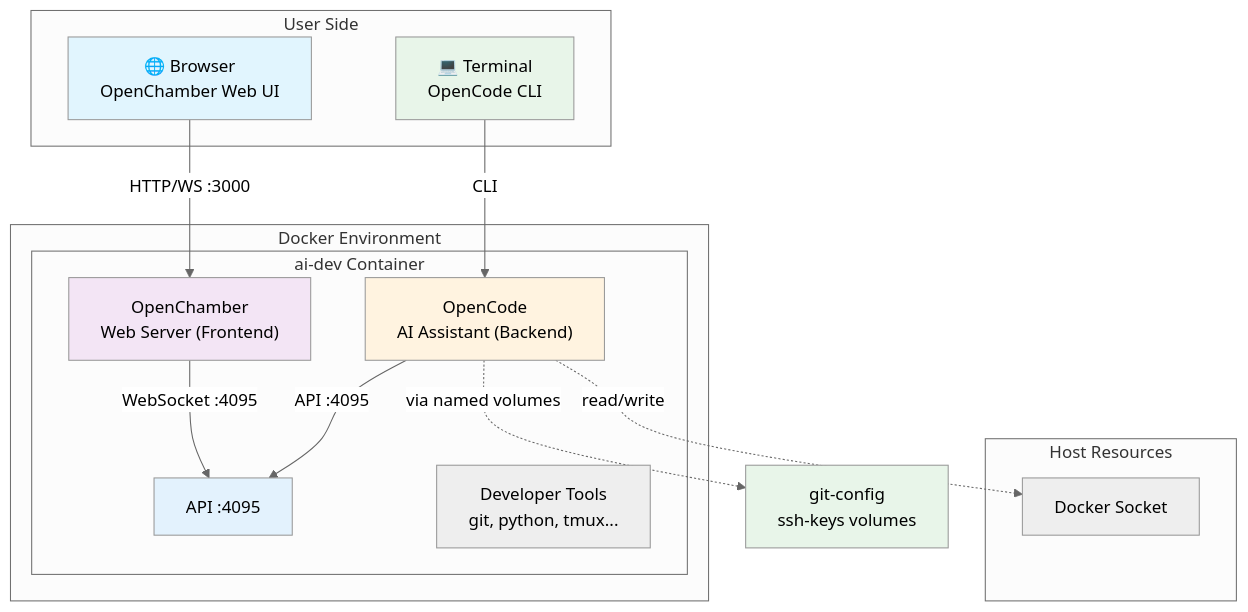
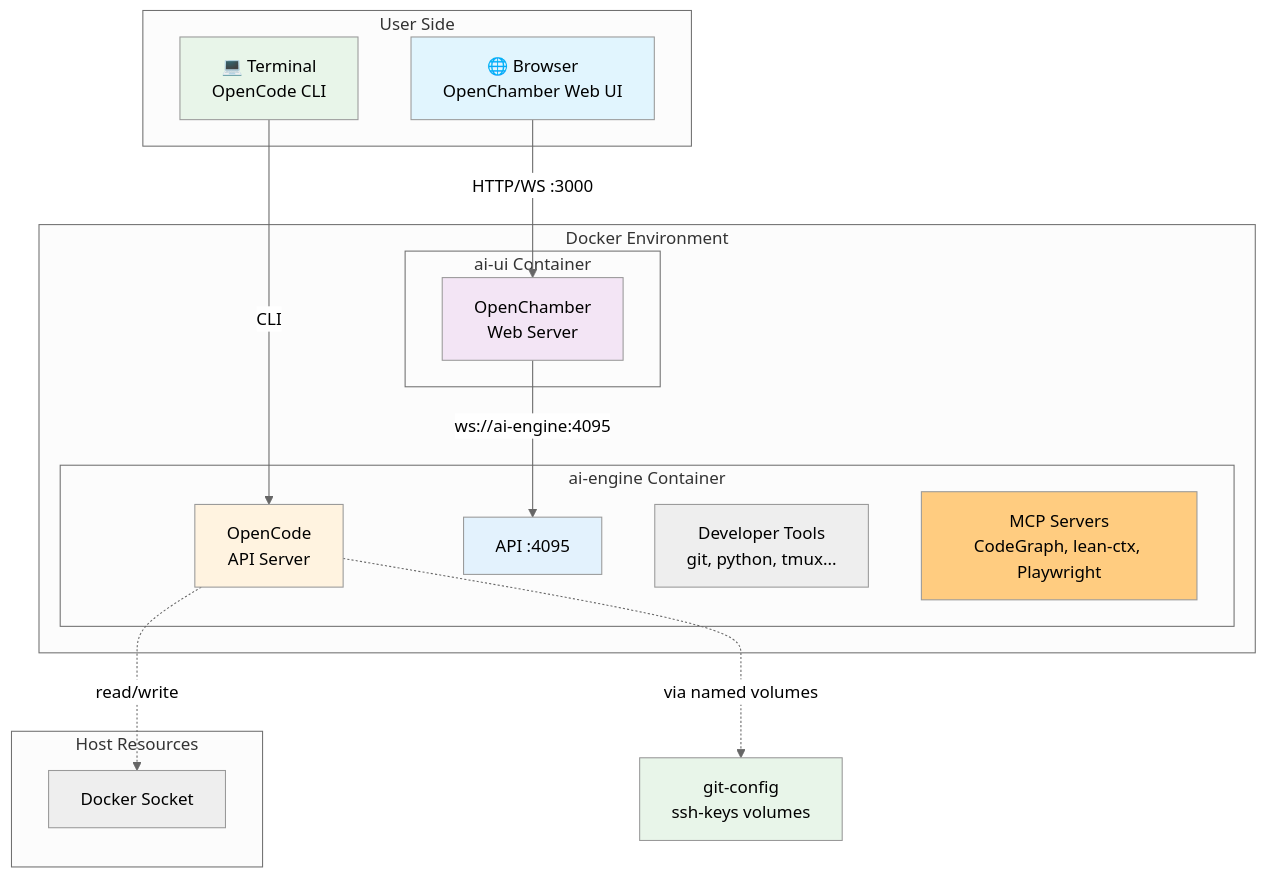
One commit to tryweb/ai-engkit changed the first of 10 diagrams in docs/ARCHITECTURE.md. Above: the diagram before and after it, drawn with Mermaid (neutral theme). The commit also changed other lines of this file and 10 other files, not shown here.

````diff
--- a/docs/ARCHITECTURE.md
+++ b/docs/ARCHITECTURE.md
@@ -20,35 +20,39 @@
 ```mermaid
 graph TB
     subgraph "User Side"
         BROWSER["🌐 Browser<br/>OpenChamber Web UI"]
         TERMINAL["💻 Terminal<br/>OpenCode CLI"]
     end
 
     subgraph "Docker Environment"
-        subgraph "ai-dev Container"
-            OC["OpenCode<br/>AI Assistant (Backend)"]
-            CH["OpenChamber<br/>Web Server (Frontend)"]
+        subgraph "ai-engine Container"
+            OC["OpenCode<br/>API Server"]
             API["API :4095"]
             TOOLS["Developer Tools<br/>git, python, tmux..."]
+            MCP["MCP Servers<br/>CodeGraph, lean-ctx, Playwright"]
+        end
+
+        subgraph "ai-ui Container"
+            CH["OpenChamber<br/>Web Server"]
         end
     end
 
     subgraph "Host Resources"
         HOST_DOCKER["Docker Socket"]
     end
 
     BROWSER -->|"HTTP/WS :3000"| CH
-    CH -->|"WebSocket :4095"| API
+    CH -->|"ws://ai-engine:4095"| API
     TERMINAL -->|"CLI"| OC
-    OC -->|"API :4095"| API
 
     OC -.->|"via named volumes"| GIT_VOLS["git-config<br/>ssh-keys volumes"]
     OC -.->|"read/write"| HOST_DOCKER
 
     style BROWSER fill:#e1f5fe
     style TERMINAL fill:#e8f5e9
     style OC fill:#fff3e0
     style CH fill:#f3e5f5
     style API fill:#e3f2fd
     style GIT_VOLS fill:#e8f5e9
+    style MCP fill:#ffcc80
 ```
````
